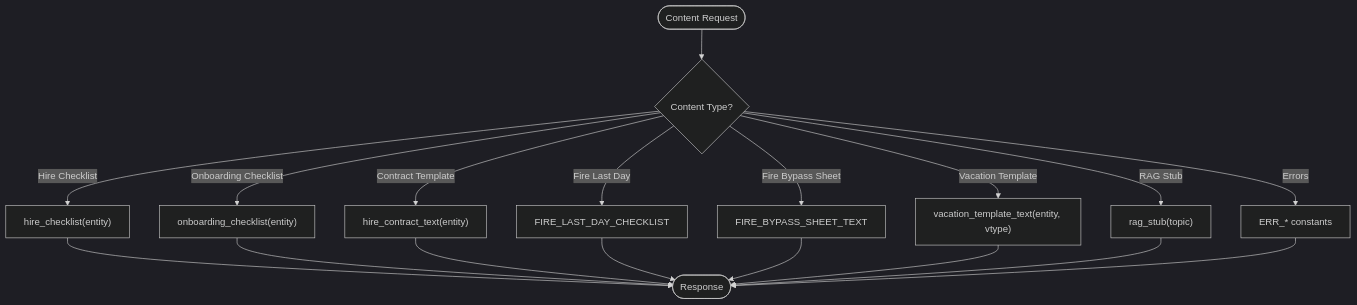
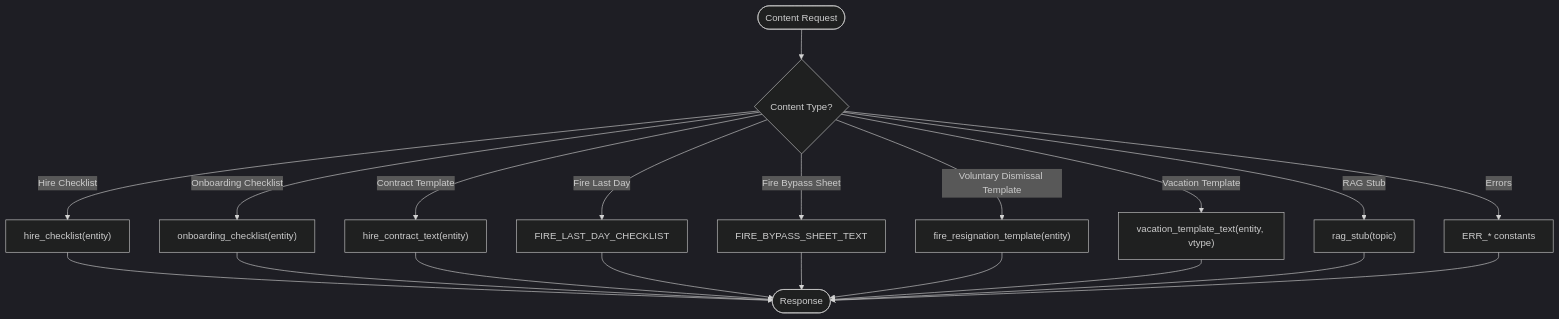
The fourth of 16 diagrams in .qoder/repowiki/en/content/VK Integration/Employment Lifecycle Management.md (ognelis/cafetera_hr_bot), drawn with Mermaid (dark theme) before and after one commit. The commit also changed other lines of this file and 14 other files, not shown here.

````diff
--- a/.qoder/repowiki/en/content/VK Integration/Employment Lifecycle Management.md
+++ b/.qoder/repowiki/en/content/VK Integration/Employment Lifecycle Management.md
@@ -197,20 +204,22 @@
 ```mermaid
 flowchart TD
 Start(["Content Request"]) --> Type{"Content Type?"}
 Type --> |Hire Checklist| HC["hire_checklist(entity)"]
 Type --> |Onboarding Checklist| OC["onboarding_checklist(entity)"]
 Type --> |Contract Template| CT["hire_contract_text(entity)"]
 Type --> |Fire Last Day| FL["FIRE_LAST_DAY_CHECKLIST"]
 Type --> |Fire Bypass Sheet| FB["FIRE_BYPASS_SHEET_TEXT"]
+Type --> |Voluntary Dismissal Template| VDT["fire_resignation_template(entity)"]
 Type --> |Vacation Template| VT["vacation_template_text(entity, vtype)"]
 Type --> |RAG Stub| RS["rag_stub(topic)"]
 Type --> |Errors| ER["ERR_* constants"]
 HC --> End(["Response"])
 OC --> End
 CT --> End
 FL --> End
 FB --> End
+VDT --> End
 VT --> End
 RS --> End
 ER --> End
 ```
````
